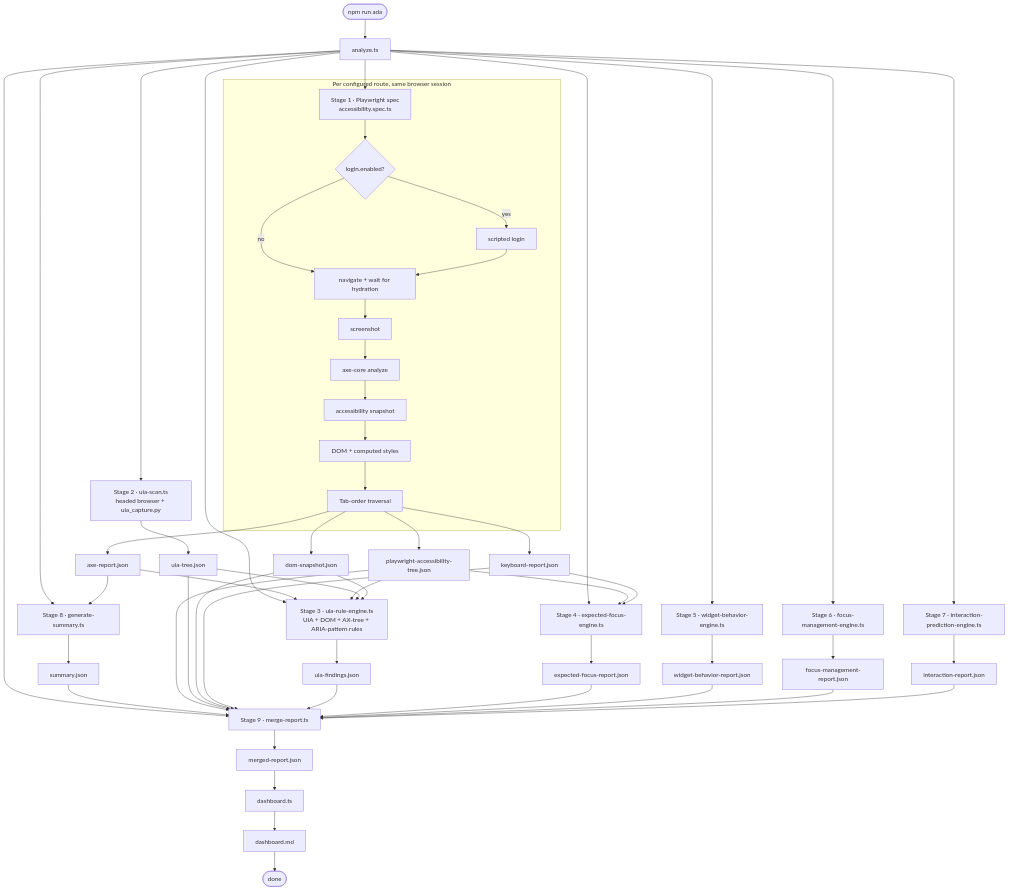
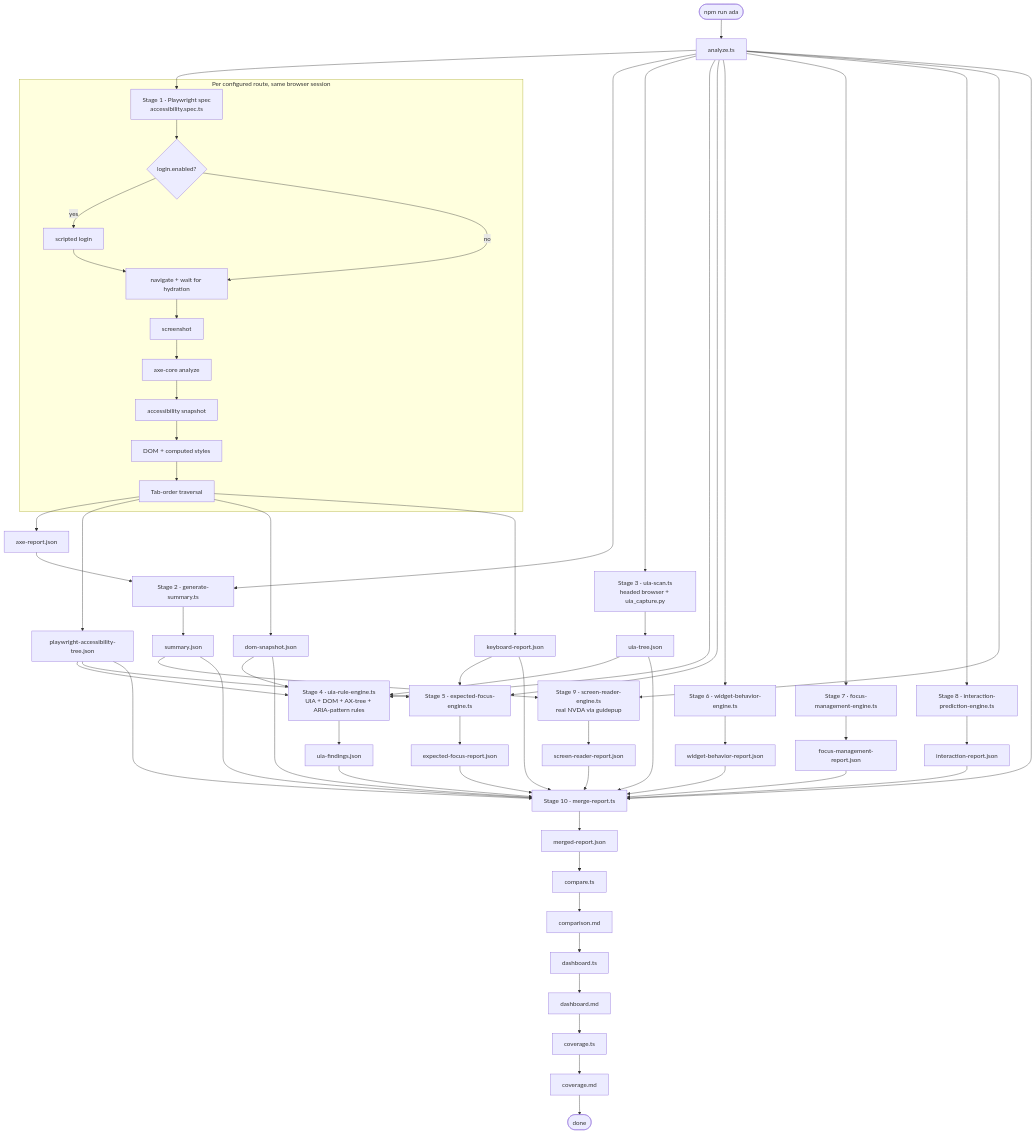
One commit to vivek1952p/GiftApp changed the third of 8 diagrams in ADA Harness/ARCHITECTURE.md. Above: the diagram before and after it, drawn with Mermaid. The commit also changed other lines of this file and 2 other files, not shown here.

Commit message:
readme-architecture-update

````diff
--- a/ADA Harness/ARCHITECTURE.md
+++ b/ADA Harness/ARCHITECTURE.md
@@ -121,64 +129,70 @@
 ```mermaid
 flowchart TD
     START([npm run ada]) --> A[analyze.ts]
 
     A --> P1["Stage 1 · Playwright spec<br/>accessibility.spec.ts"]
     subgraph SPEC["Per configured route, same browser session"]
         P1 --> LOGIN{"login.enabled?"}
         LOGIN -->|yes| DoLogin[scripted login]
         LOGIN -->|no| Nav["navigate + wait for hydration"]
         DoLogin --> Nav
         Nav --> Shot[screenshot]
         Shot --> RunAxe["axe-core analyze"]
         RunAxe --> RunSnap["accessibility snapshot"]
         RunSnap --> RunDom["DOM + computed styles"]
         RunDom --> RunKb["Tab-order traversal"]
     end
     RunKb --> W1[axe-report.json]
     RunKb --> W3[playwright-accessibility-tree.json]
     RunKb --> W5[dom-snapshot.json]
     RunKb --> W6[keyboard-report.json]
 
-    A --> P2["Stage 2 · uia-scan.ts<br/>headed browser + uia_capture.py"]
-    P2 --> W4[uia-tree.json]
+    A --> P2["Stage 2 · generate-summary.ts"]
+    W1 --> P2 --> W2[summary.json]
 
-    A --> P3["Stage 3 · uia-rule-engine.ts<br/>UIA + DOM + AX-tree + ARIA-pattern rules"]
-    W1 --> P3
-    W3 --> P3
-    W4 --> P3
-    W5 --> P3
-    P3 --> WF[uia-findings.json]
+    A --> P3["Stage 3 · uia-scan.ts<br/>headed browser + uia_capture.py"]
+    P3 --> W4[uia-tree.json]
 
-    A --> P4["Stage 4 · expected-focus-engine.ts"]
+    A --> P4["Stage 4 · uia-rule-engine.ts<br/>UIA + DOM + AX-tree + ARIA-pattern rules"]
     W3 --> P4
-    W6 --> P4
-    P4 --> EFR[expected-focus-report.json]
+    W4 --> P4
+    W5 --> P4
+    P4 --> WF[uia-findings.json]
 
-    A --> P5["Stage 5 · widget-behavior-engine.ts"]
-    P5 --> WBR[widget-behavior-report.json]
+    A --> P5["Stage 5 · expected-focus-engine.ts"]
+    W3 --> P5
+    W6 --> P5
+    P5 --> EFR[expected-focus-report.json]
 
-    A --> P6["Stage 6 · focus-management-engine.ts"]
-    P6 --> FMR[focus-management-report.json]
+    A --> P6["Stage 6 · widget-behavior-engine.ts"]
+    P6 --> WBR[widget-behavior-report.json]
 
-    A --> P7["Stage 7 · interaction-prediction-engine.ts"]
-    P7 --> IPR[interaction-report.json]
+    A --> P7["Stage 7 · focus-management-engine.ts"]
+    P7 --> FMR[focus-management-report.json]
 
-    A --> P8["Stage 8 · generate-summary.ts"]
-    W1 --> P8 --> W2[summary.json]
+    A --> P8["Stage 8 · interaction-prediction-engine.ts"]
+    P8 --> IPR[interaction-report.json]
 
-    A --> P9["Stage 9 · merge-report.ts"]
+    A --> P9["Stage 9 · screen-reader-engine.ts<br/>real NVDA via guidepup"]
     W2 --> P9
-    W3 --> P9
-    W4 --> P9
-    W5 --> P9
-    W6 --> P9
-    WF --> P9
-    EFR --> P9
-    WBR --> P9
-    FMR --> P9
-    IPR --> P9
-    P9 --> MR[merged-report.json]
+    P9 --> SRR[screen-reader-report.json]
 
-    MR --> DASHGEN[dashboard.ts] --> DASH[dashboard.md]
-    DASH --> END([done])
+    A --> P10["Stage 10 · merge-report.ts"]
+    W2 --> P10
+    W3 --> P10
+    W4 --> P10
+    W5 --> P10
+    W6 --> P10
+    WF --> P10
+    EFR --> P10
+    WBR --> P10
+    FMR --> P10
+    IPR --> P10
+    SRR --> P10
+    P10 --> MR[merged-report.json]
+
+    MR --> CMPGEN[compare.ts] --> CMPMD[comparison.md]
+    CMPMD --> DASHGEN[dashboard.ts] --> DASH[dashboard.md]
+    DASH --> COVGEN[coverage.ts] --> COV[coverage.md]
+    COV --> END([done])
 ```
````
